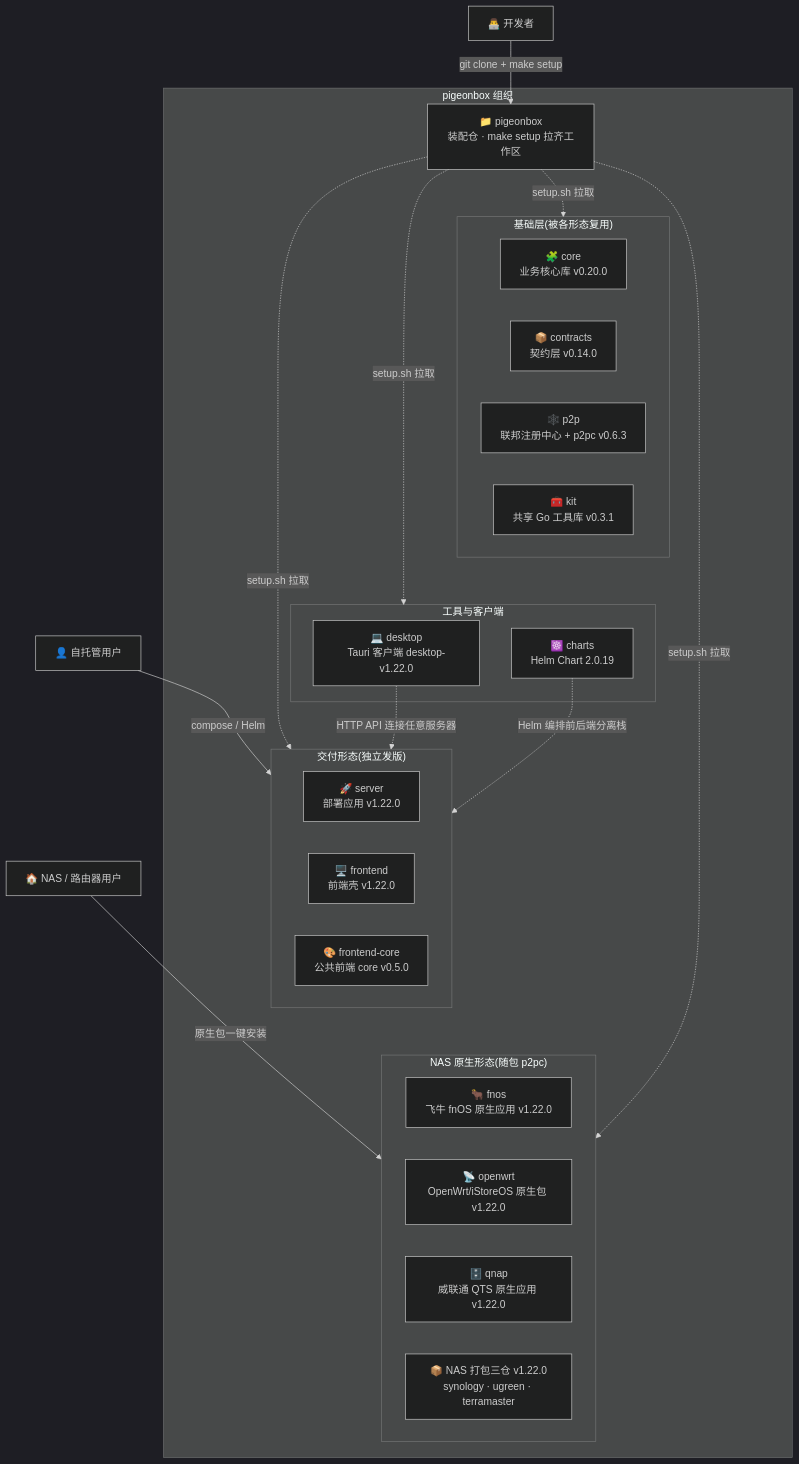
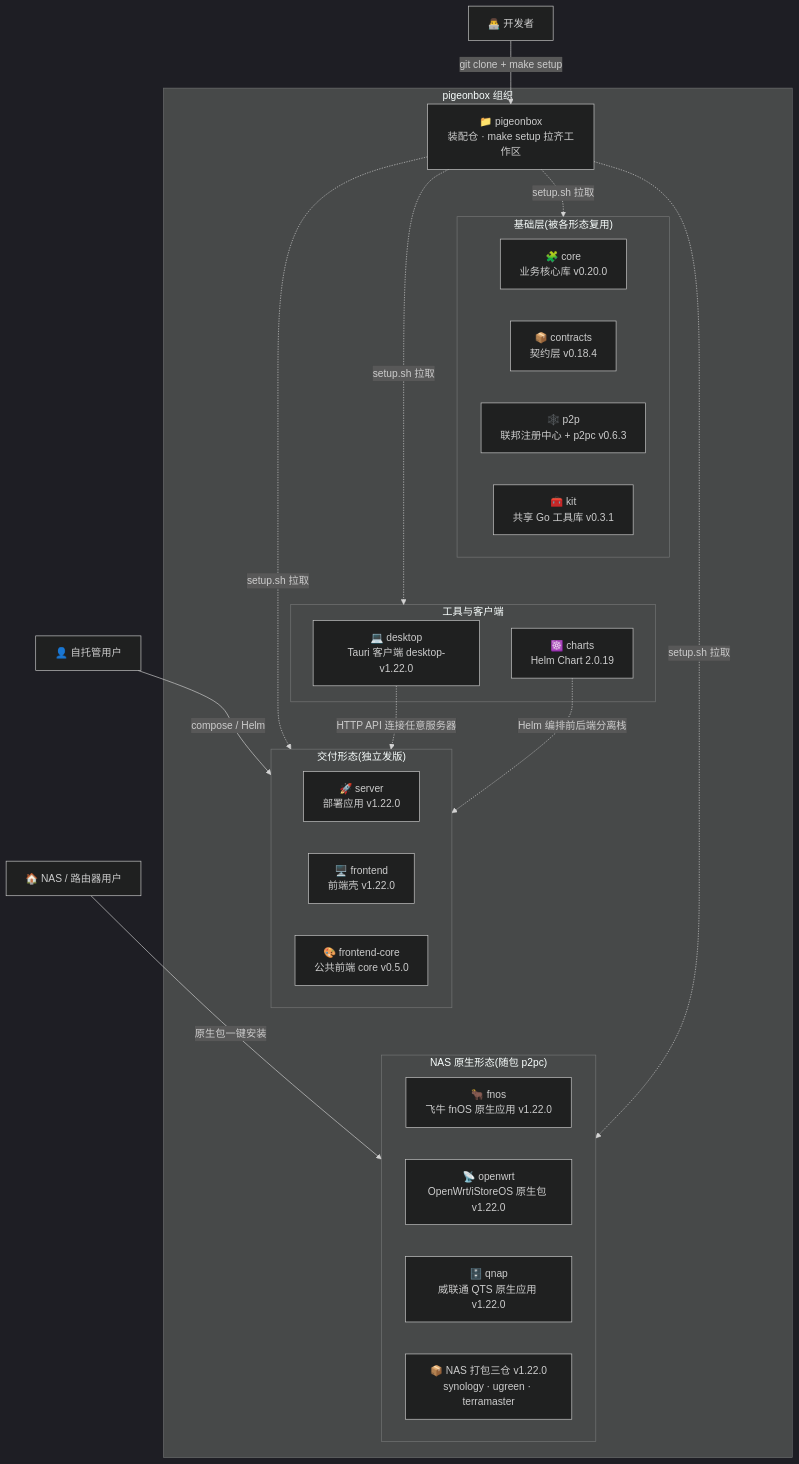
Before and after one commit to pigeonbox/pigeonbox: the first of 10 diagrams in docs/architecture.md, drawn with Mermaid (dark theme). The commit also changed 11 other files, not shown here.

````diff
--- a/docs/architecture.md
+++ b/docs/architecture.md
@@ -10,41 +10,41 @@
 ```mermaid
 graph TB
     USER["👤 自托管用户"] -->|"compose / Helm"| DELIVER
     NASU["🏠 NAS / 路由器用户"] -->|"原生包一键安装"| NASFORM
     DEV["👨‍💻 开发者"] -->|"git clone + make setup"| UMB
 
     subgraph ORG["pigeonbox 组织"]
         UMB["📁 pigeonbox<br/>装配仓 · make setup 拉齐工作区"]
 
         subgraph DELIVER["交付形态(独立发版)"]
             SRV["🚀 server<br/>部署应用 v1.22.0"]
             FE["🖥️ frontend<br/>前端壳 v1.22.0"]
             FEC["🎨 frontend-core<br/>公共前端 core v0.5.0"]
         end
 
         subgraph NASFORM["NAS 原生形态(随包 p2pc)"]
             FNOS["🐂 fnos<br/>飞牛 fnOS 原生应用 v1.22.0"]
             OWRT["📡 openwrt<br/>OpenWrt/iStoreOS 原生包 v1.22.0"]
             QNAP["🗄️ qnap<br/>威联通 QTS 原生应用 v1.22.0"]
             NAS3["📦 NAS 打包三仓 v1.22.0<br/>synology · ugreen · terramaster"]
         end
 
         subgraph BASE["基础层(被各形态复用)"]
             CORE["🧩 core<br/>业务核心库 v0.20.0"]
-            CT["📦 contracts<br/>契约层 v0.14.0"]
+            CT["📦 contracts<br/>契约层 v0.18.4"]
             P2P["🕸️ p2p<br/>联邦注册中心 + p2pc v0.6.3"]
             KIT["🧰 kit<br/>共享 Go 工具库 v0.3.1"]
         end
 
         subgraph TOOLS["工具与客户端"]
             DESK["💻 desktop<br/>Tauri 客户端 desktop-v1.22.0"]
             CHT["☸️ charts<br/>Helm Chart 2.0.19"]
         end
     end
 
     %% 隐形链只用于排版: 把四组竖向堆叠(它们彼此并行, 无先后关系)
     DELIVER ~~~ NASFORM ~~~ BASE ~~~ TOOLS
     UMB -.->|"setup.sh 拉取"| DELIVER & NASFORM & BASE & TOOLS
     DESK -.->|"HTTP API 连接任意服务器"| DELIVER
     CHT -.->|"Helm 编排前后端分离栈"| DELIVER
 ```
````
